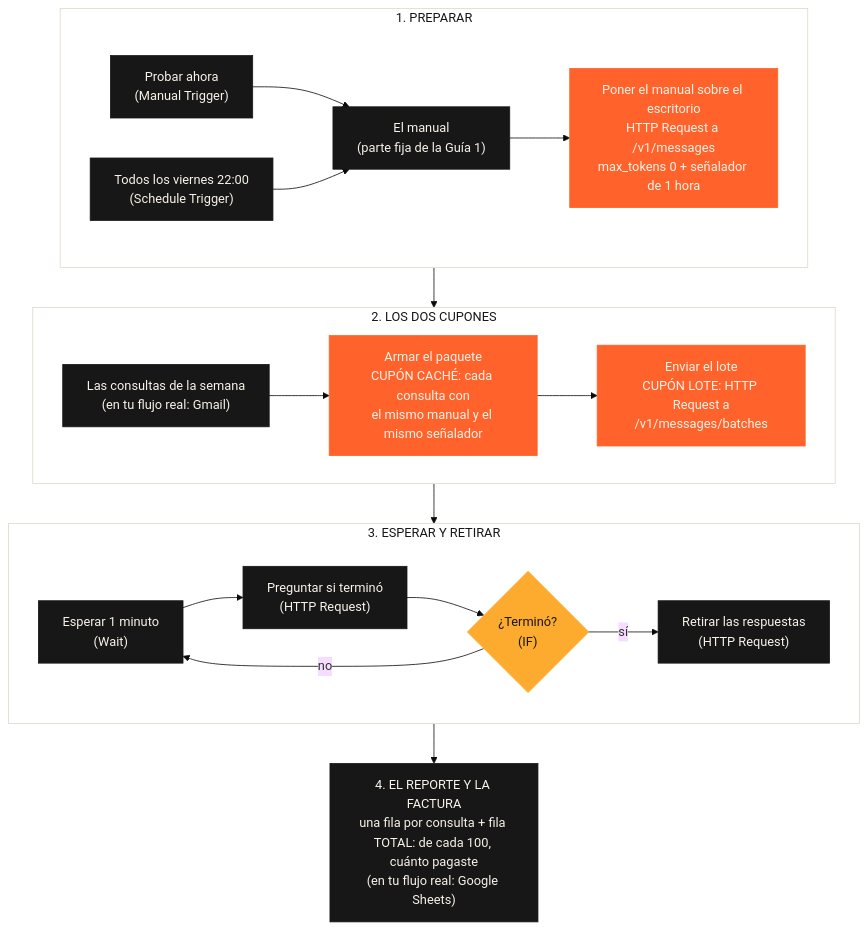
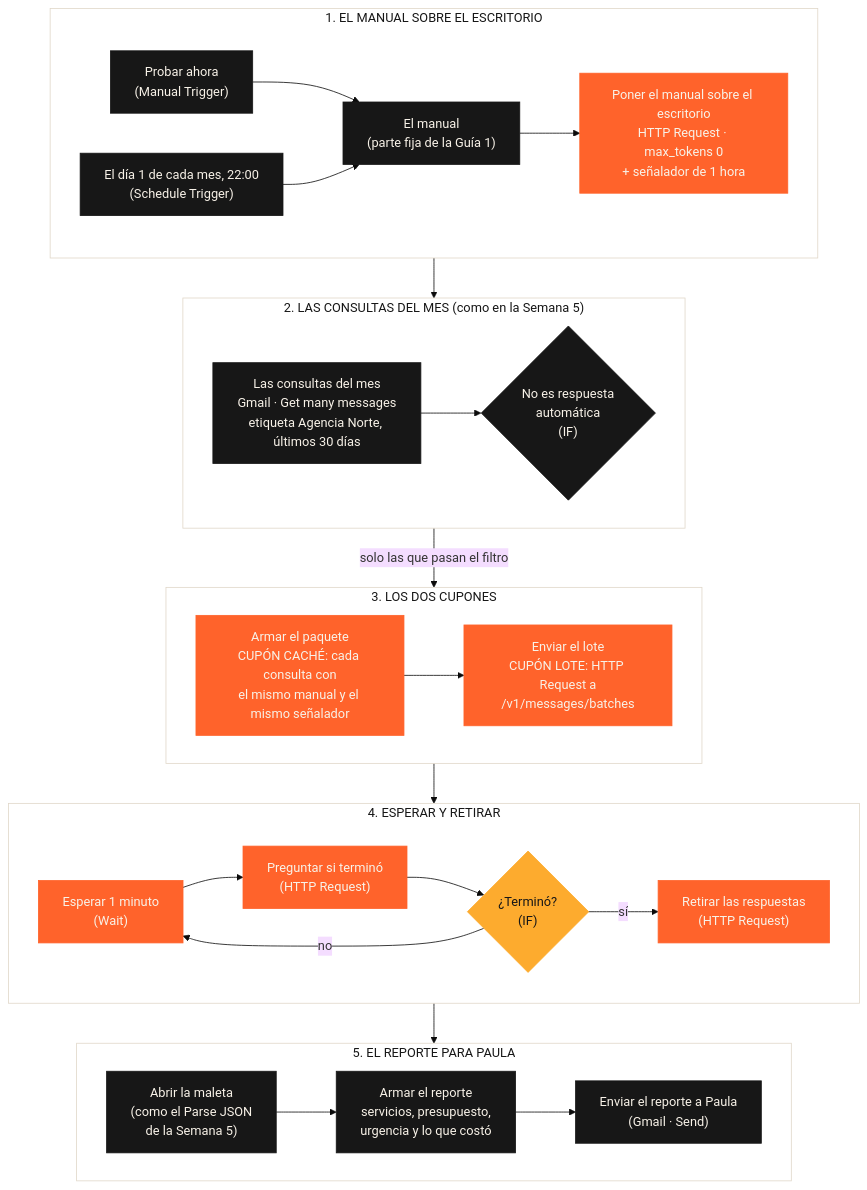
Before and after one commit to leanaraque/ai-automation-estudiantes: the diagram in semana-06/05-bonus-n8n.md, drawn with Mermaid (base theme). The commit also changed other lines of this file and 2 other files, not shown here.

Commit message:
Semana 6: Guía 5 opcional con el reporte mensual para Paula como flujo real de n8n (Gmail, caché, lote y reporte por correo)

````diff
--- a/semana-06/05-bonus-n8n.md
+++ b/semana-06/05-bonus-n8n.md
@@ -25,28 +31,39 @@
 ```mermaid
 flowchart TB
-    subgraph P["1. PREPARAR"]
+    subgraph P["1. EL MANUAL SOBRE EL ESCRITORIO"]
         direction LR
         T1["Probar ahora<br/>(Manual Trigger)"]:::ya --> M["El manual<br/>(parte fija de la Guía 1)"]:::ya
-        T2["Todos los viernes 22:00<br/>(Schedule Trigger)"]:::ya --> M
-        M --> W["Poner el manual sobre el escritorio<br/>HTTP Request a /v1/messages<br/>max_tokens 0 + señalador de 1 hora"]:::nuevo
+        T2["El día 1 de cada mes, 22:00<br/>(Schedule Trigger)"]:::ya --> M
+        M --> W["Poner el manual sobre el escritorio<br/>HTTP Request · max_tokens 0<br/>+ señalador de 1 hora"]:::nuevo
     end
-    subgraph C["2. LOS DOS CUPONES"]
+    subgraph C["2. LAS CONSULTAS DEL MES (como en la Semana 5)"]
         direction LR
-        Q["Las consultas de la semana<br/>(en tu flujo real: Gmail)"]:::ya --> PQ["Armar el paquete<br/>CUPÓN CACHÉ: cada consulta con<br/>el mismo manual y el mismo señalador"]:::nuevo --> E["Enviar el lote<br/>CUPÓN LOTE: HTTP Request a<br/>/v1/messages/batches"]:::nuevo
+        G["Las consultas del mes<br/>Gmail · Get many messages<br/>etiqueta Agencia Norte, últimos 30 días"]:::ya --> F{"No es respuesta<br/>automática<br/>(IF)"}:::ya
     end
-    subgraph R["3. ESPERAR Y RETIRAR"]
+    subgraph L["3. LOS DOS CUPONES"]
         direction LR
-        ES["Esperar 1 minuto<br/>(Wait)"]:::ya --> PR["Preguntar si terminó<br/>(HTTP Request)"]:::ya --> IF{"¿Terminó?<br/>(IF)"}:::nota
+        PQ["Armar el paquete<br/>CUPÓN CACHÉ: cada consulta con<br/>el mismo manual y el mismo señalador"]:::nuevo --> E["Enviar el lote<br/>CUPÓN LOTE: HTTP Request a<br/>/v1/messages/batches"]:::nuevo
+    end
+    subgraph R["4. ESPERAR Y RETIRAR"]
+        direction LR
+        ES["Esperar 1 minuto<br/>(Wait)"]:::nuevo --> PR["Preguntar si terminó<br/>(HTTP Request)"]:::nuevo --> IF{"¿Terminó?<br/>(IF)"}:::nota
         IF -- "no" --> ES
-        IF -- "sí" --> RT["Retirar las respuestas<br/>(HTTP Request)"]:::ya
+        IF -- "sí" --> RT["Retirar las respuestas<br/>(HTTP Request)"]:::nuevo
     end
-    F["4. EL REPORTE Y LA FACTURA<br/>una fila por consulta + fila TOTAL: de cada 100, cuánto pagaste<br/>(en tu flujo real: Google Sheets)"]:::ya
-    P --> C --> R --> F
+    subgraph RP["5. EL REPORTE PARA PAULA"]
+        direction LR
+        AM["Abrir la maleta<br/>(como el Parse JSON<br/>de la Semana 5)"]:::ya --> AR["Armar el reporte<br/>servicios, presupuesto,<br/>urgencia y lo que costó"]:::ya --> EN["Enviar el reporte a Paula<br/>(Gmail · Send)"]:::ya
+    end
+    P --> C
+    C -- "solo las que pasan el filtro" --> L
+    L --> R --> RP
 
     classDef ya fill:#171717,stroke:#171717,color:#F8F2E8
     classDef nuevo fill:#FF632B,stroke:#FF632B,color:#F8F2E8
     classDef nota fill:#FDAB2E,stroke:#FDAB2E,color:#171717
     style P fill:#FFFFFF,stroke:#E0D7C9,color:#171717
     style C fill:#FFFFFF,stroke:#E0D7C9,color:#171717
+    style L fill:#FFFFFF,stroke:#E0D7C9,color:#171717
     style R fill:#FFFFFF,stroke:#E0D7C9,color:#171717
+    style RP fill:#FFFFFF,stroke:#E0D7C9,color:#171717
 ```
````
